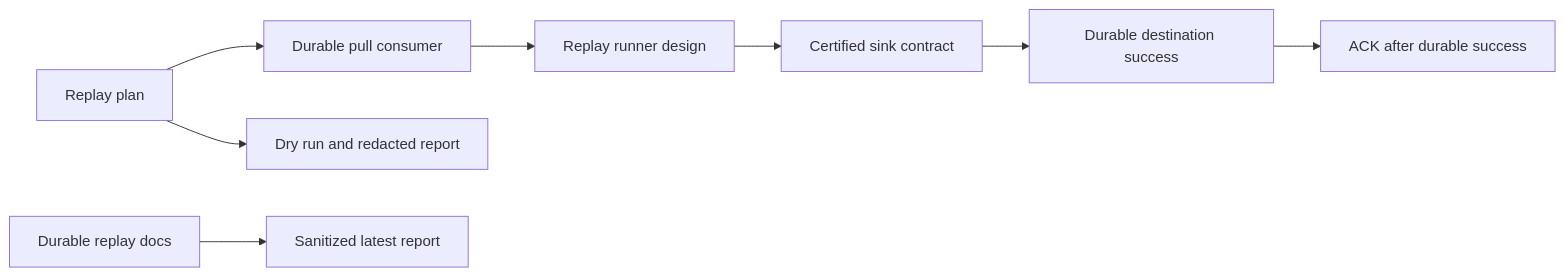
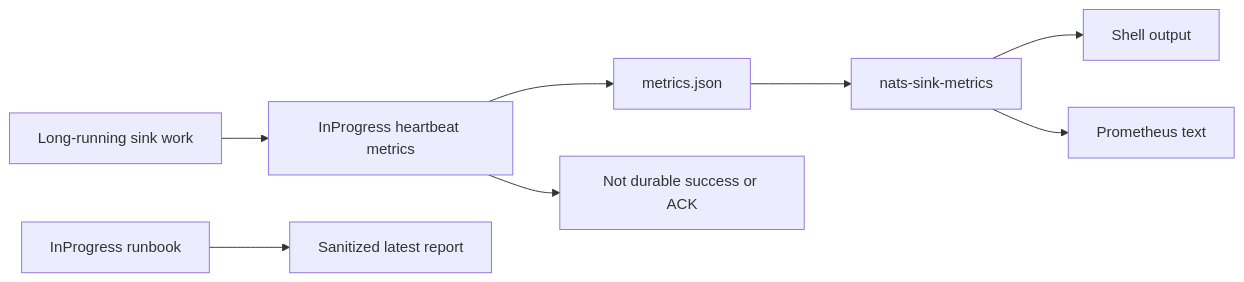
Before and after one commit to ProjectCuillin/nats-sinks: the diagram in docs/test-report.md, drawn with Mermaid. The commit also changed other lines of this file and 14 other files, not shown here.

Commit message:
Add InProgress metrics runbook

````diff
--- a/docs/test-report.md
+++ b/docs/test-report.md
@@ -33,10 +32,10 @@
 ```mermaid
 flowchart LR
-    Plan[Replay plan] --> Durable[Durable pull consumer]
-    Durable --> Runner[Replay runner design]
-    Runner --> Sink[Certified sink contract]
-    Sink --> Commit[Durable destination success]
-    Commit --> Ack[ACK after durable success]
-    Plan --> DryRun[Dry run and redacted report]
-    Docs[Durable replay docs] --> Report[Sanitized latest report]
+    Work[Long-running sink work] --> Heartbeat[InProgress heartbeat metrics]
+    Heartbeat --> Snapshot[metrics.json]
+    Snapshot --> CLI[nats-sink-metrics]
+    CLI --> Shell[Shell output]
+    CLI --> Prom[Prometheus text]
+    Heartbeat --> Guardrail[Not durable success or ACK]
+    Docs[InProgress runbook] --> Report[Sanitized latest report]
 ```
````
